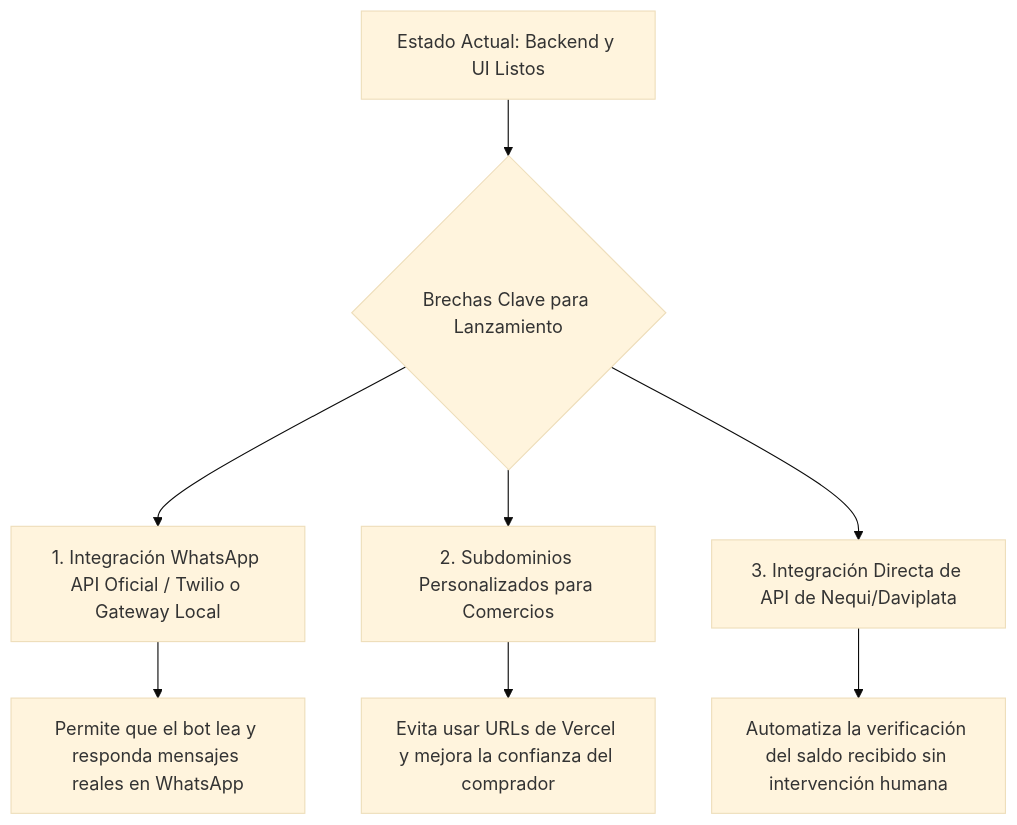
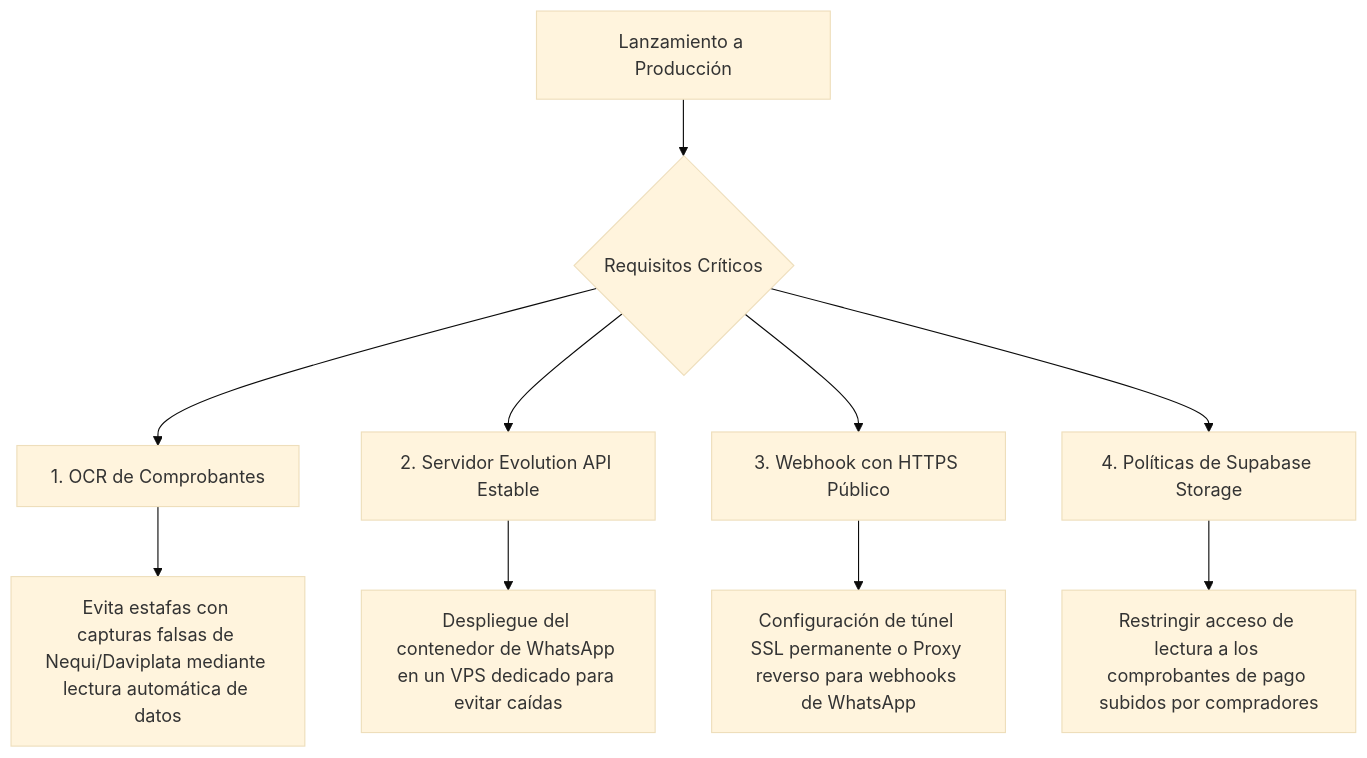
Before and after one commit to MasterErrorCLONE04/flashcheckout: the diagram in FLASHCHECKOUT_STATUS_REPORT.md, drawn with Mermaid (base theme). The commit also changed other lines of this file and 75 other files, not shown here.

````diff
--- a/FLASHCHECKOUT_STATUS_REPORT.md
+++ b/FLASHCHECKOUT_STATUS_REPORT.md
@@ -72,11 +36,13 @@
 ```mermaid
 graph TD
-    A[Estado Actual: Backend y UI Listos] --> B{Brechas Clave para Lanzamiento}
-    B --> C[1. Integración WhatsApp API Oficial / Twilio o Gateway Local]
-    B --> D[2. Subdominios Personalizados para Comercios]
-    B --> E[3. Integración Directa de API de Nequi/Daviplata]
+    A[Lanzamiento a Producción] --> B{Requisitos Críticos}
+    B --> C[1. OCR de Comprobantes]
+    B --> D[2. Servidor Evolution API Estable]
+    B --> E[3. Webhook con HTTPS Público]
+    B --> F[4. Políticas de Supabase Storage]
     
-    C --> F[Permite que el bot lea y responda mensajes reales en WhatsApp]
-    D --> G[Evita usar URLs de Vercel y mejora la confianza del comprador]
-    E --> H[Automatiza la verificación del saldo recibido sin intervención humana]
+    C --> G[Evita estafas con capturas falsas de Nequi/Daviplata mediante lectura automática de datos]
+    D --> H[Despliegue del contenedor de WhatsApp en un VPS dedicado para evitar caídas]
+    E --> I[Configuración de túnel SSL permanente o Proxy reverso para webhooks de WhatsApp]
+    F --> J[Restringir acceso de lectura a los comprobantes de pago subidos por compradores]
 ```
````
